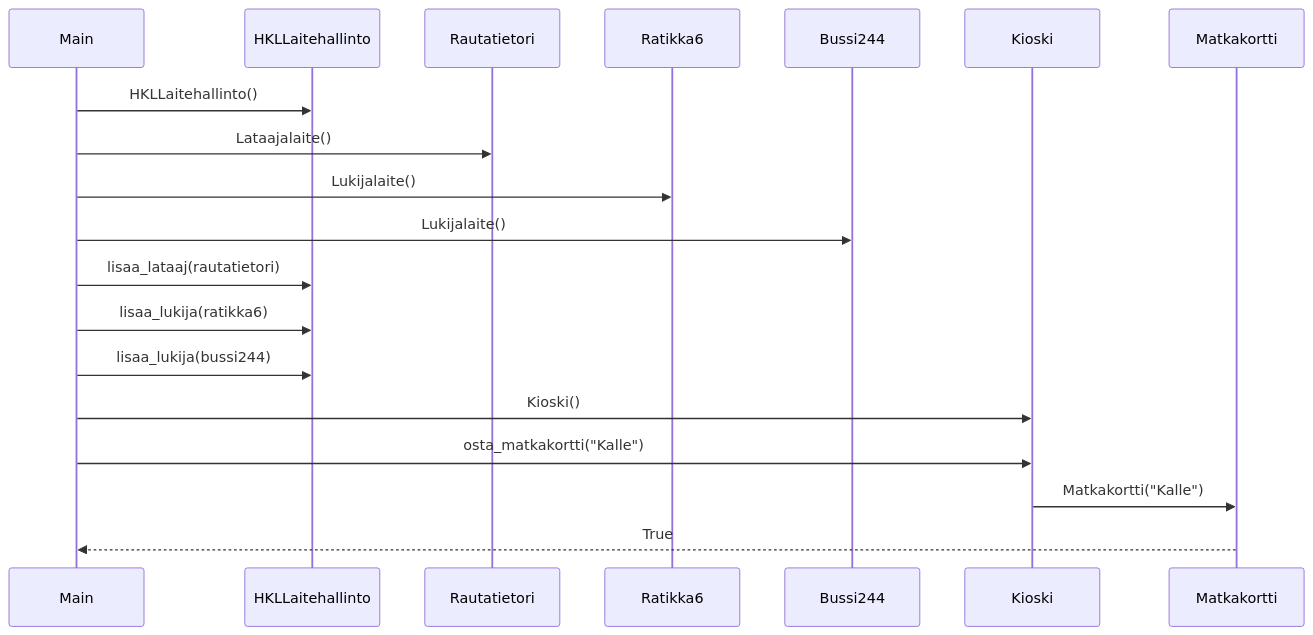
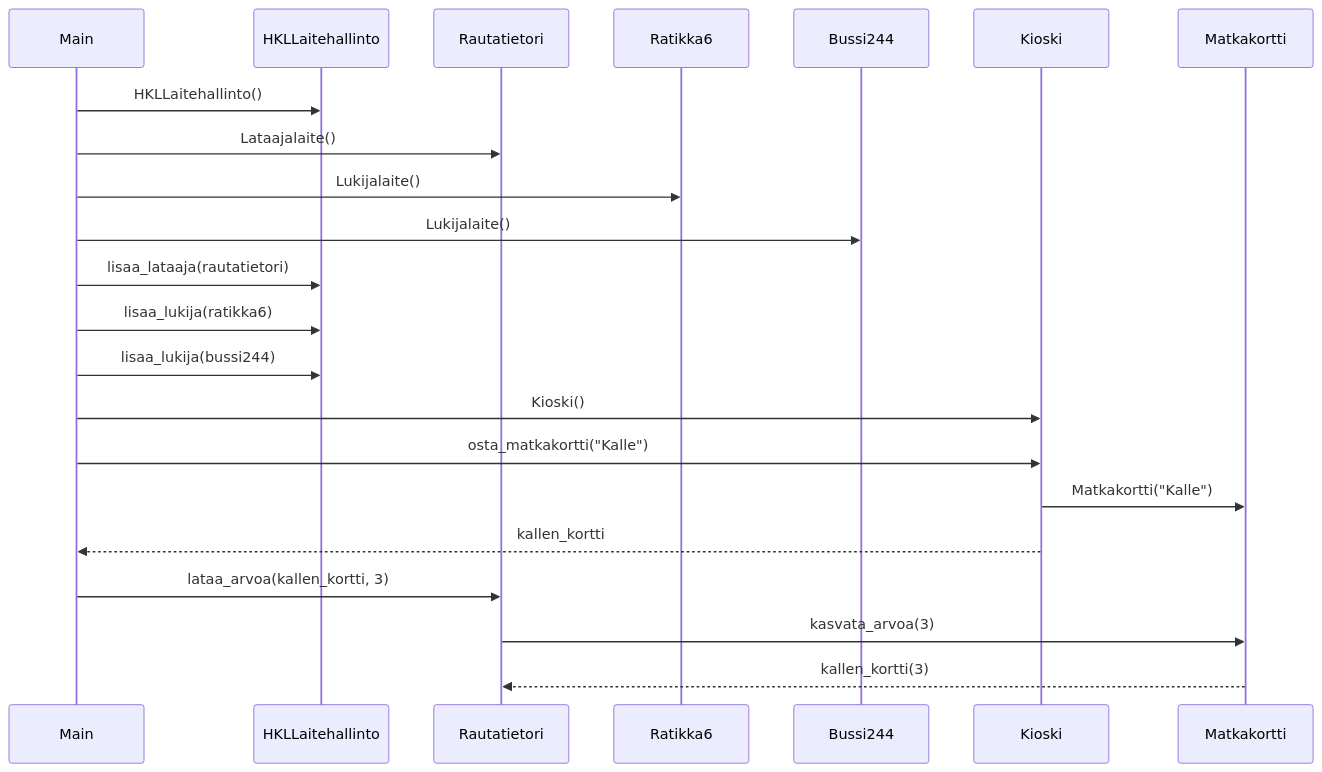
Before and after one commit to phuvio/ot-harjoitustyo: the second of 2 diagrams in laskarit/viikko3/sekvenssikaavio.md, drawn with Mermaid.

````diff
--- a/laskarit/viikko3/sekvenssikaavio.md
+++ b/laskarit/viikko3/sekvenssikaavio.md
@@ -27,22 +27,26 @@
 ```mermaid
   sequenceDiagram
       participant M as Main
       participant H as HKLLaitehallinto
       participant L as Rautatietori
       participant R as Ratikka6
       participant B as Bussi244
       participant K as Kioski
       participant A as Matkakortti
       
       M->>H: HKLLaitehallinto()
       M->>L: Lataajalaite()
       M->>R: Lukijalaite()
       M->>B: Lukijalaite()
-      M->>H: lisaa_lataaj(rautatietori)
+      M->>H: lisaa_lataaja(rautatietori)
       M->>H: lisaa_lukija(ratikka6)
       M->>H: lisaa_lukija(bussi244)
       M->>K: Kioski()
       M->>K: osta_matkakortti("Kalle")
       K->>A: Matkakortti("Kalle")
-      A-->>M: True
+      K-->>M: kallen_kortti
+      M->>L: lataa_arvoa(kallen_kortti, 3)
+      L->>A: kasvata_arvoa(3)
+      A-->>L: kallen_kortti(3)
+      
 ```
````
